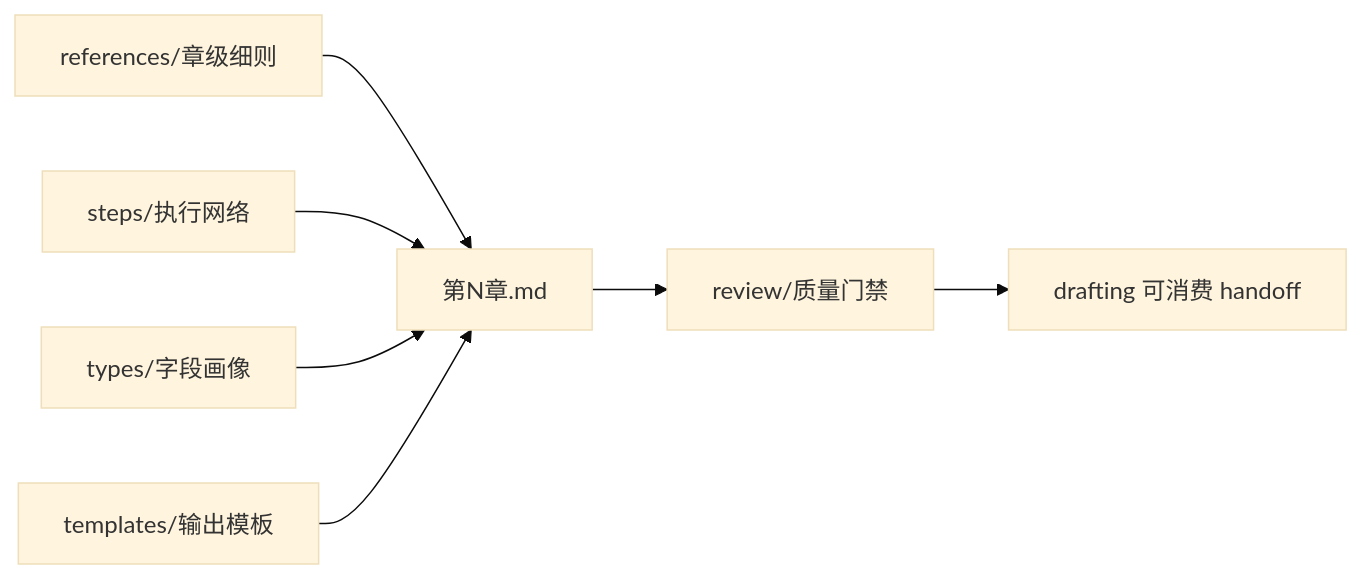
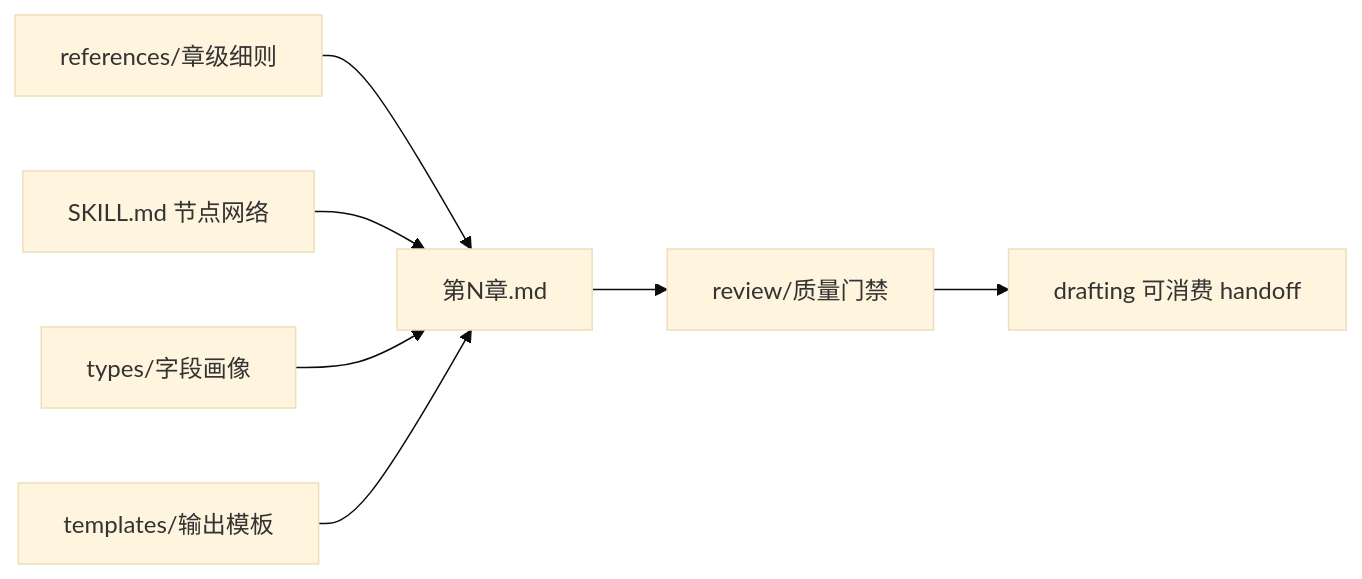
One commit to ZEN-VOID/AI-CUT changed the second of 2 diagrams in .agents/skills/story/2-卷章/3-章级/SKILL.md. Above: the diagram before and after it, drawn with Mermaid (base theme). The commit also changed other lines of this file and 439 other files, not shown here.

````diff
--- a/.agents/skills/story/2-卷章/3-章级/SKILL.md
+++ b/.agents/skills/story/2-卷章/3-章级/SKILL.md
@@ -75,9 +102,9 @@
 ```mermaid
 flowchart LR
     A["references/章级细则"] --> E["第N章.md"]
-    B["steps/执行网络"] --> E
+    B["SKILL.md 节点网络"] --> E
     C["types/字段画像"] --> E
     D["templates/输出模板"] --> E
     E --> F["review/质量门禁"]
     F --> G["drafting 可消费 handoff"]
 ```
````
